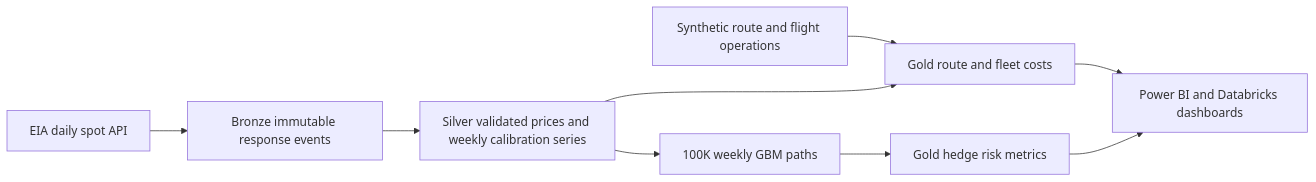
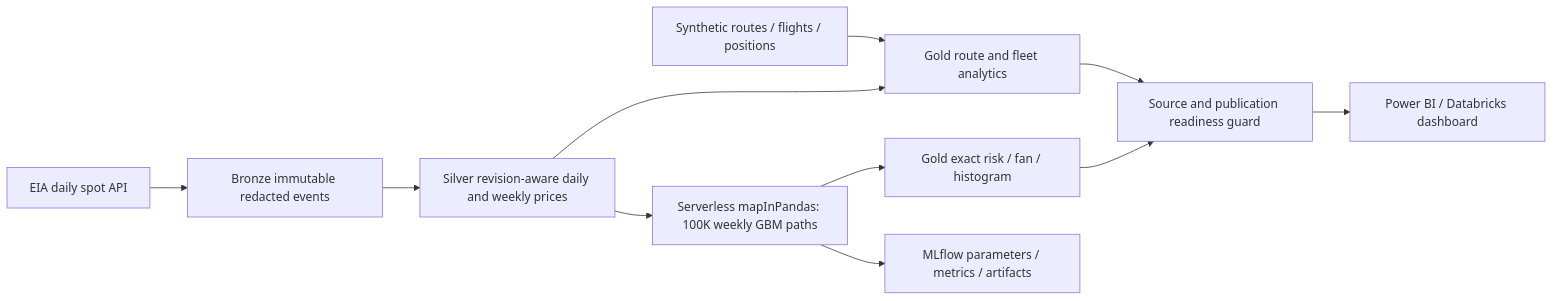
Before and after one commit to its-arnavtech/Jet-Fuel-Hedge-Risk-Quantification-Engine: the diagram in README.md, drawn with Mermaid. The commit also changed other lines of this file and 34 other files, not shown here.

Commit message:
Deliver executed walkthrough, guarded Power BI contract and daily refresh

````diff
--- a/README.md
+++ b/README.md
@@ -7,11 +9,13 @@
 ```mermaid
 flowchart LR
-    EIA[EIA daily spot API] --> B[Bronze immutable response events]
-    B --> S[Silver validated prices and weekly calibration series]
-    OPS[Synthetic route and flight operations] --> G[Gold route and fleet costs]
-    S --> G
-    S --> MC[100K weekly GBM paths]
-    MC --> R[Gold hedge risk metrics]
-    G --> BI[Power BI and Databricks dashboards]
-    R --> BI
+ EIA[EIA daily spot API] --> B[Bronze immutable redacted events]
+ B --> S[Silver revision-aware daily and weekly prices]
+ OPS[Synthetic routes / flights / positions] --> G[Gold route and fleet analytics]
+ S --> G
+ S --> MC[Serverless mapInPandas: 100K weekly GBM paths]
+ MC --> R[Gold exact risk / fan / histogram]
+ MC --> ML[MLflow parameters / metrics / artifacts]
+ G --> GUARD[Source and publication readiness guard]
+ R --> GUARD
+ GUARD --> BI[Power BI / Databricks dashboard]
 ```
````
